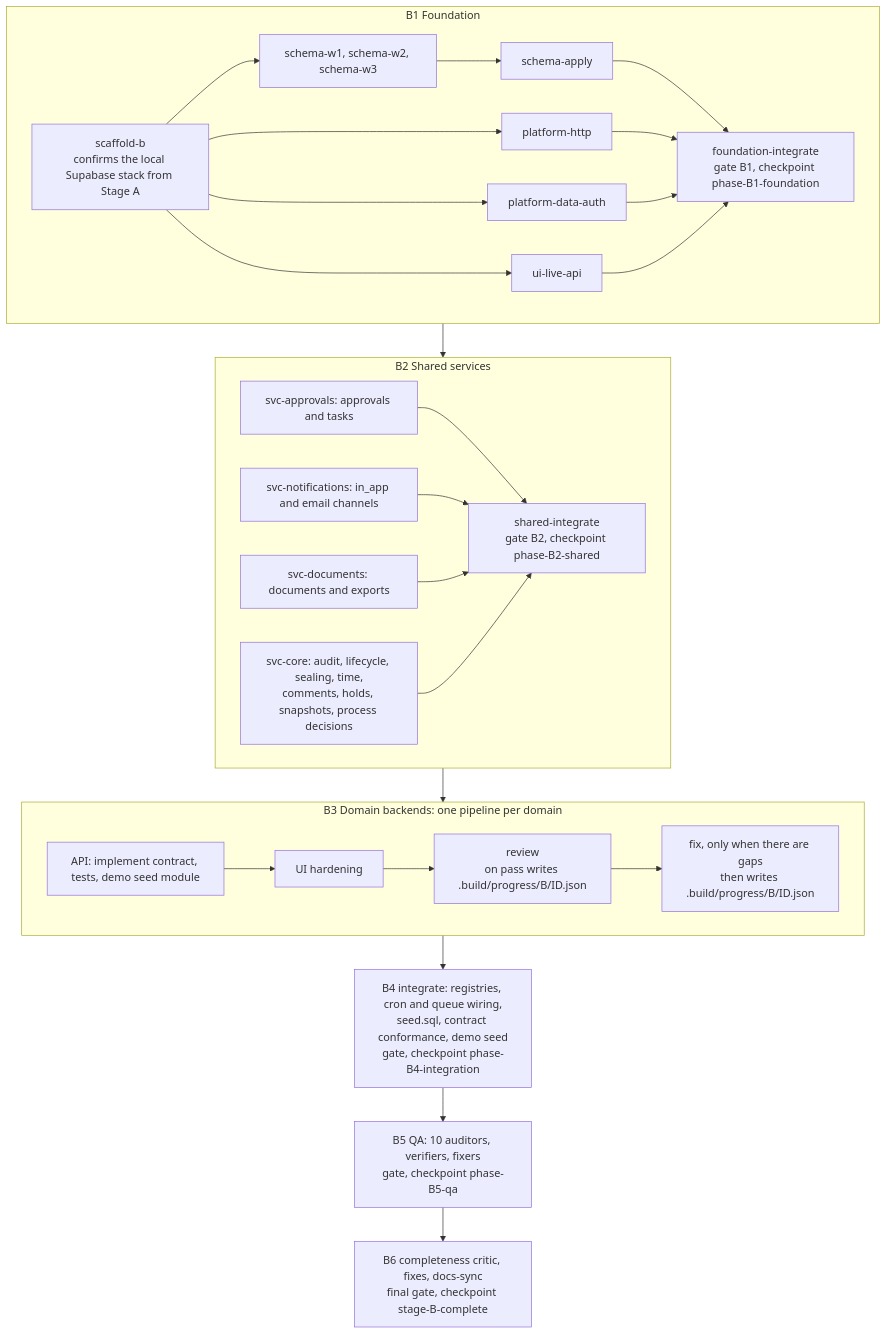
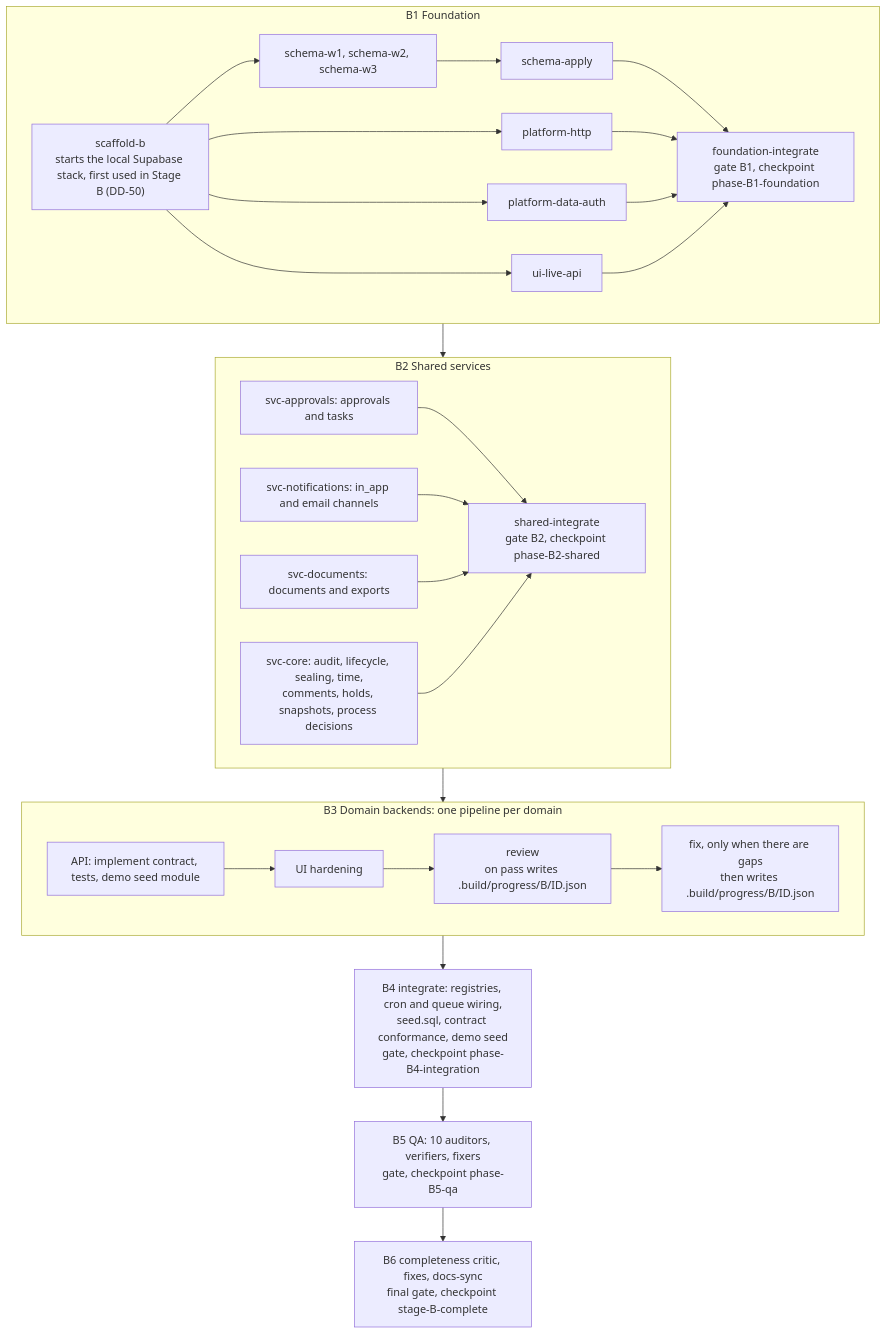
Before and after one commit to wemaketools/tenderiq: the fourth of 6 diagrams in docs/technical/13-delivery-and-resilience.md, drawn with Mermaid. The commit also changed other lines of this file and 157 other files, not shown here.

````diff
--- a/docs/technical/13-delivery-and-resilience.md
+++ b/docs/technical/13-delivery-and-resilience.md
@@ -206,34 +207,34 @@
 ```mermaid
 flowchart TB
   subgraph pb1["B1 Foundation"]
-    scb["scaffold-b<br/>confirms the local Supabase stack from Stage A"] --> sw["schema-w1, schema-w2, schema-w3"]
+    scb["scaffold-b<br/>starts the local Supabase stack, first used in Stage B (DD-50)"] --> sw["schema-w1, schema-w2, schema-w3"]
     sw --> sa["schema-apply"]
     scb --> ph["platform-http"]
     scb --> pda["platform-data-auth"]
     scb --> ula["ui-live-api"]
     sa --> fib["foundation-integrate<br/>gate B1, checkpoint phase-B1-foundation"]
     ph --> fib
     pda --> fib
     ula --> fib
   end
   pb1 --> pb2
   subgraph pb2["B2 Shared services"]
     sap["svc-approvals: approvals and tasks"]
     snt["svc-notifications: in_app and email channels"]
     sdc["svc-documents: documents and exports"]
     scr["svc-core: audit, lifecycle, sealing, time,<br/>comments, holds, snapshots, process decisions"]
     sap --> sint["shared-integrate<br/>gate B2, checkpoint phase-B2-shared"]
     snt --> sint
     sdc --> sint
     scr --> sint
   end
   pb2 --> pb3
   subgraph pb3["B3 Domain backends: one pipeline per domain"]
     e1["API: implement contract, tests, demo seed module"] --> e2["UI hardening"]
     e2 --> e3["review<br/>on pass writes .build/progress/B/ID.json"]
     e3 --> e4["fix, only when there are gaps<br/>then writes .build/progress/B/ID.json"]
   end
   pb3 --> pb4["B4 integrate: registries, cron and queue wiring,<br/>seed.sql, contract conformance, demo seed<br/>gate, checkpoint phase-B4-integration"]
   pb4 --> pb5["B5 QA: 10 auditors, verifiers, fixers<br/>gate, checkpoint phase-B5-qa"]
   pb5 --> pb6["B6 completeness critic, fixes, docs-sync<br/>final gate, checkpoint stage-B-complete"]
 ```
````
